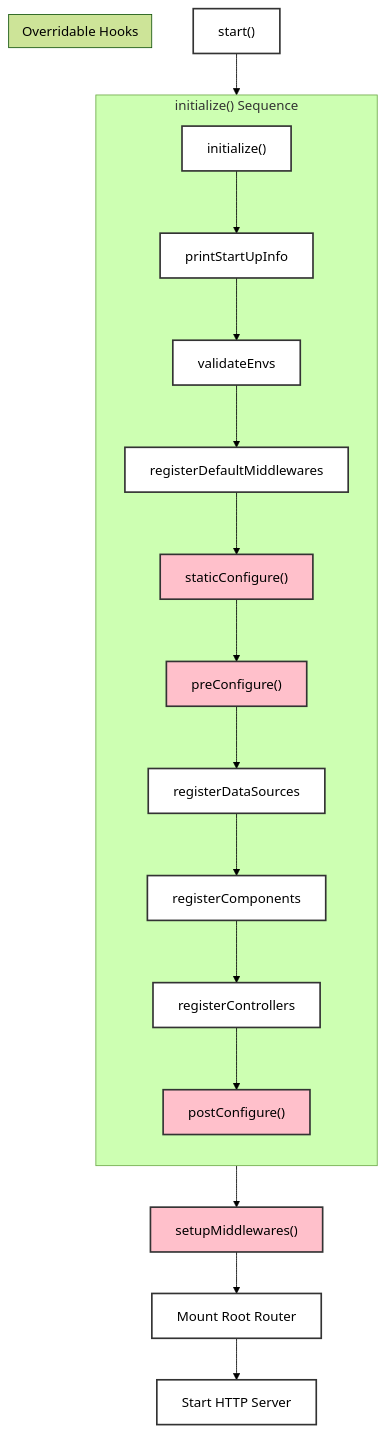
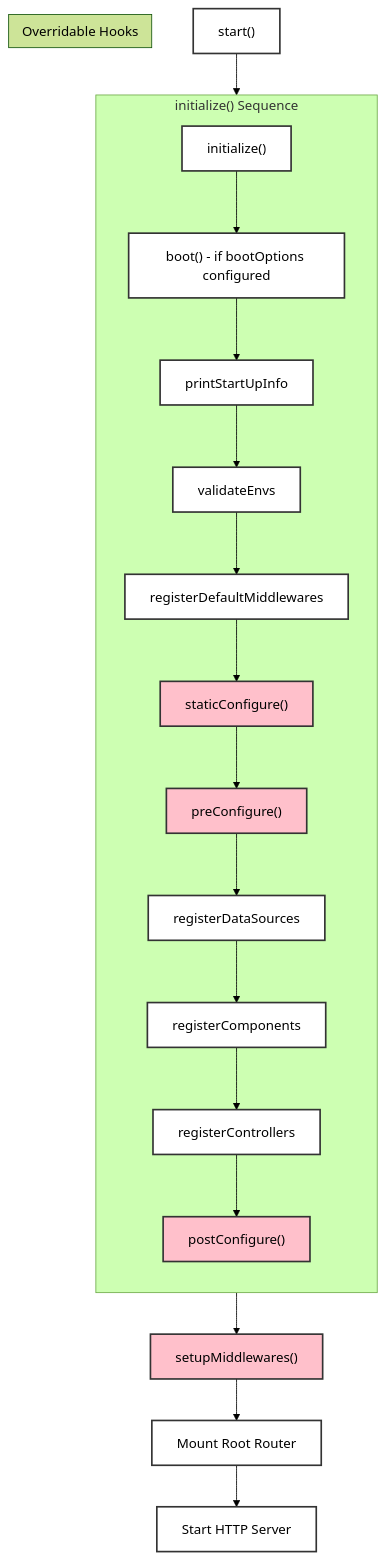
One commit to VENIZIA-AI/ignis changed the diagram in packages/docs/wiki/get-started/core-concepts/application.md. Above: the diagram before and after it, drawn with Mermaid (forest theme). The commit also changed other lines of this file and 17 other files, not shown here.

````diff
--- a/packages/docs/wiki/get-started/core-concepts/application.md
+++ b/packages/docs/wiki/get-started/core-concepts/application.md
@@ -86,31 +153,32 @@
 ```mermaid
 %%{init: { "flowchart": { "useMaxWidth": true } } }%%
 graph TD
     A["start()"] --> B["initialize()"];
     
     subgraph "initialize() Sequence"
         direction TB
-        B --> B1["printStartUpInfo"];
+        B --> B0["boot() - if bootOptions configured"];
+        B0 --> B1["printStartUpInfo"];
         B1 --> B2["validateEnvs"];
         B2 --> B3["registerDefaultMiddlewares"];
         B3 --> B4["staticConfigure()"];
         B4 --> B5["preConfigure()"];
         B5 --> B6["registerDataSources"];
         B6 --> B7["registerComponents"];
         B7 --> B8["registerControllers"];
         B8 --> B9["postConfigure()"];
     end
 
     B9 --> C["setupMiddlewares()"];
     C --> D["Mount Root Router"];
     D --> E["Start HTTP Server"];
 
     subgraph "Overridable Hooks"
       style B4 fill:#ffc0cb,stroke:#333
       style B5 fill:#ffc0cb,stroke:#333
       style B9 fill:#ffc0cb,stroke:#333
       style C fill:#ffc0cb,stroke:#333
     end
 
     classDef default fill:#fff,stroke:#333,stroke-width:2px;
 ```
````
